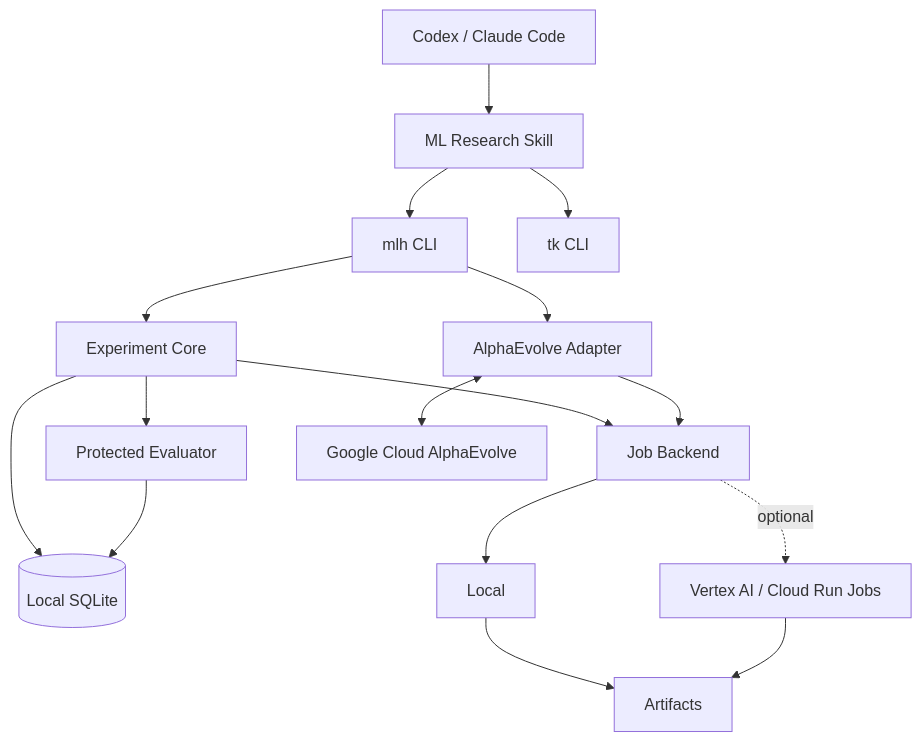
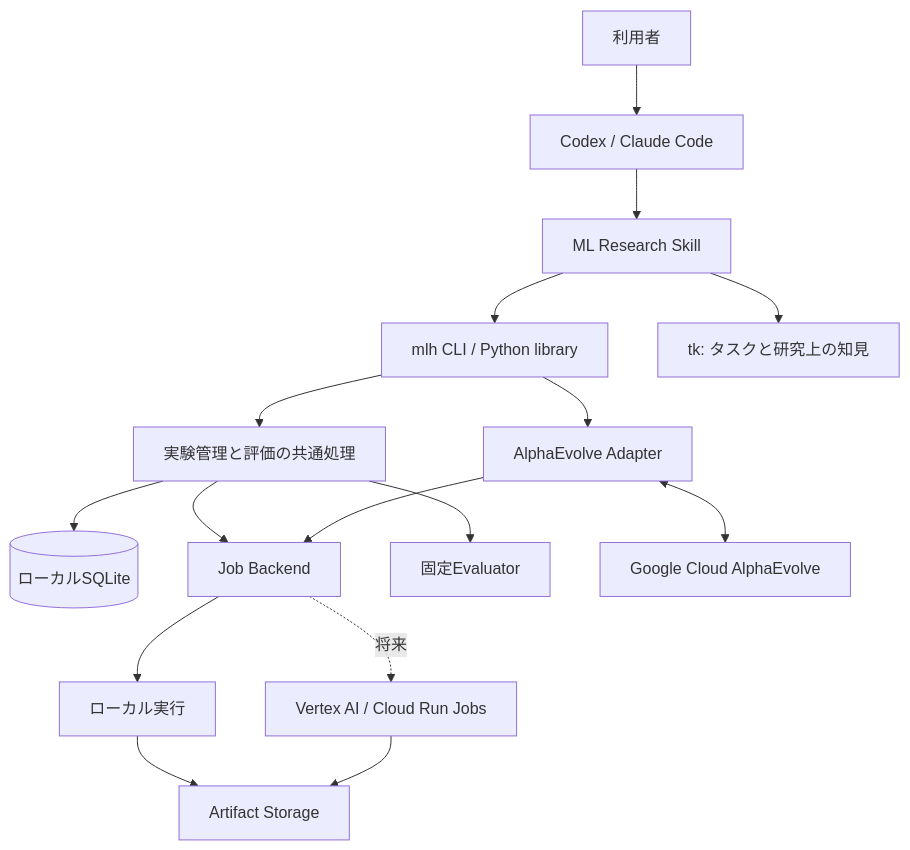
One commit to mixidota2/dotfiles changed the first of 2 diagrams in docs/designs/ml-research-harness.md. Above: the diagram before and after it, drawn with Mermaid. The commit also changed other lines of this file, not shown here.

Commit message:
docs: make ML Research Harness design standalone

```diff
--- a/docs/designs/ml-research-harness.md
+++ b/docs/designs/ml-research-harness.md
@@ -61,18 +91,18 @@
 ~~~mermaid
 flowchart TD
-  Agent[Codex / Claude Code] --> Skill[ML Research Skill]
-  Skill --> CLI[mlh CLI]
-  Skill --> tk[tk CLI]
-  CLI --> Core[Experiment Core]
-  Core --> DB[(Local SQLite)]
+  User[利用者] --> Agent[Codex / Claude Code]
+  Agent --> Skill[ML Research Skill]
+  Skill --> CLI[mlh CLI / Python library]
+  Skill --> TK[tk: タスクと研究上の知見]
+  CLI --> Core[実験管理と評価の共通処理]
+  Core --> DB[(ローカルSQLite)]
   Core --> Jobs[Job Backend]
-  Jobs --> Local[Local]
-  Jobs -. optional .-> Remote[Vertex AI / Cloud Run Jobs]
-  Local --> Store[Artifacts]
-  Remote --> Store
-  Core --> Eval[Protected Evaluator]
-  Eval --> DB
+  Jobs --> Local[ローカル実行]
+  Jobs -. 将来 .-> Cloud[Vertex AI / Cloud Run Jobs]
+  Local --> Artifacts[Artifact Storage]
+  Cloud --> Artifacts
+  Core --> Eval[固定Evaluator]
   CLI --> AEAdapter[AlphaEvolve Adapter]
   AEAdapter <--> AE[Google Cloud AlphaEvolve]
   AEAdapter --> Jobs
 ~~~
```
